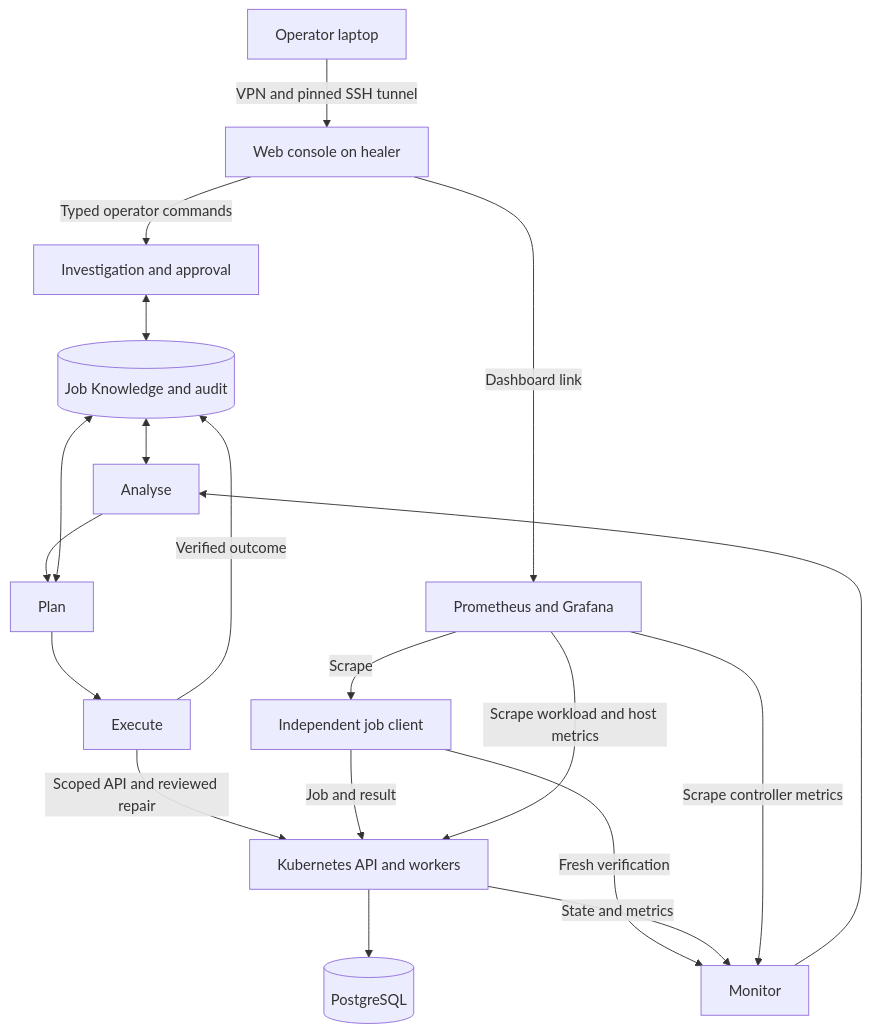
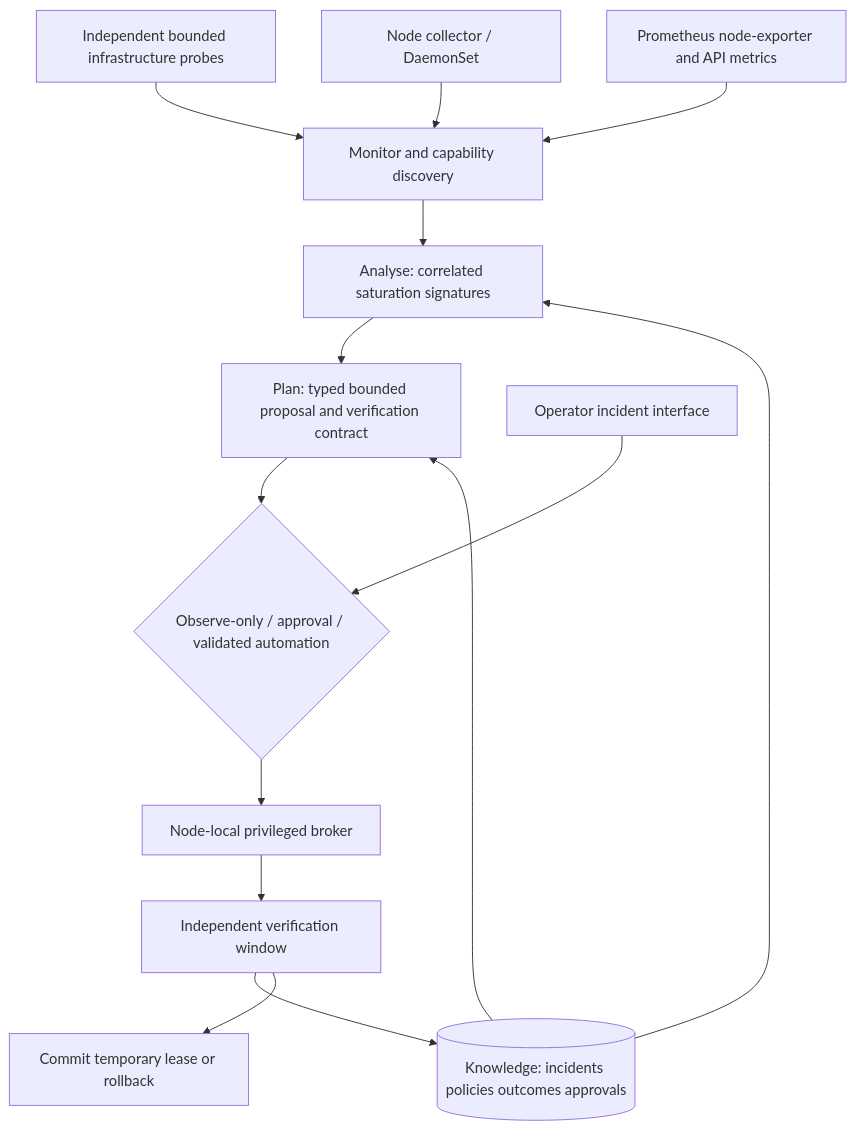
One commit to TusharShingrani/Self-healing-infrastructure changed the diagram in docs/architecture.md. Above: the diagram before and after it, drawn with Mermaid. The commit also changed other lines of this file and 113 other files, not shown here.

Commit message:
Replace application demo with verified Kubernetes platform tuning

````diff
--- a/docs/architecture.md
+++ b/docs/architecture.md
@@ -20,19 +34,16 @@
 ```mermaid
 flowchart TB
-  User[Operator laptop] -->|VPN and pinned SSH tunnel| Console[Web console on healer]
-  Console -->|Typed operator commands| Operator[Investigation and approval]
-  Operator <--> K[(Job Knowledge and audit)]
-  M[Monitor] --> A[Analyse] --> P[Plan] --> E[Execute]
-  K <--> A
-  K <--> P
-  E -->|Scoped API and reviewed repair| Kube[Kubernetes API and workers]
-  Kube --> DB[(PostgreSQL)]
-  Observer[Independent job client] -->|Job and result| Kube
-  Observer -->|Fresh verification| M
-  Kube -->|State and metrics| M
-  E -->|Verified outcome| K
-  Prom[Prometheus and Grafana] -->|Scrape| Observer
-  Prom -->|Scrape controller metrics| M
-  Prom -->|Scrape workload and host metrics| Kube
-  Console -->|Dashboard link| Prom
+  X[Independent bounded infrastructure probes] --> M[Monitor and capability discovery]
+  N[Node collector / DaemonSet] --> M
+  Q[Prometheus node-exporter and API metrics] --> M
+  M --> A[Analyse: correlated saturation signatures]
+  A --> P[Plan: typed bounded proposal and verification contract]
+  K[(Knowledge: incidents policies outcomes approvals)] --> A
+  K --> P
+  P --> H{Observe-only / approval / validated automation}
+  H --> E[Node-local privileged broker]
+  E --> V[Independent verification window]
+  V --> K
+  V --> R[Commit temporary lease or rollback]
+  U[Operator incident interface] --> H
 ```
````
